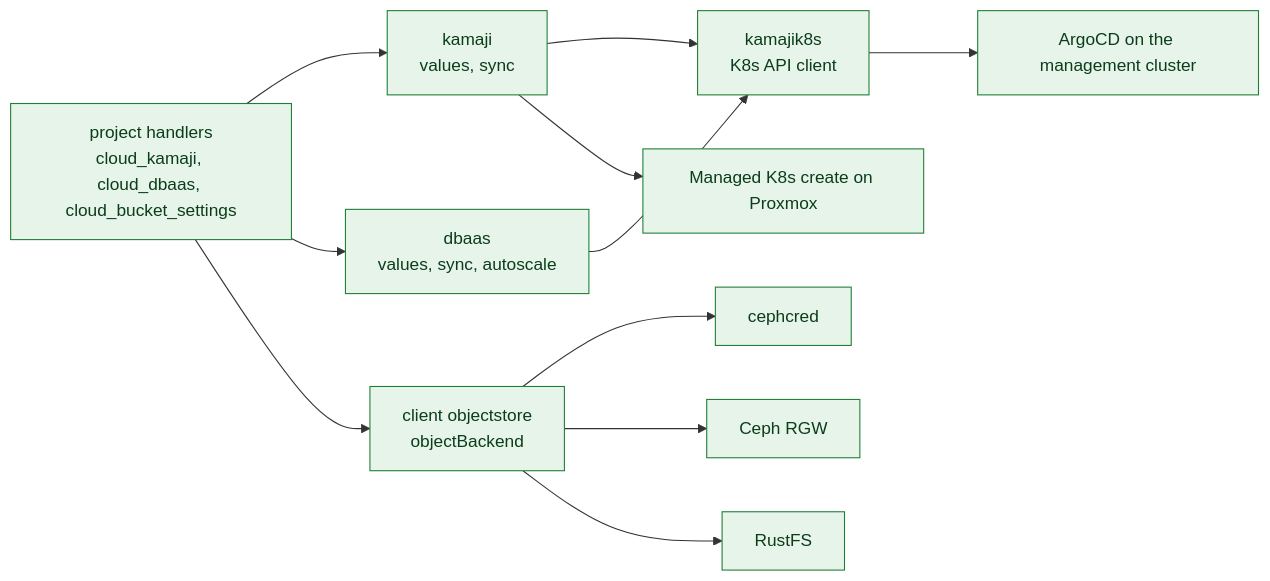
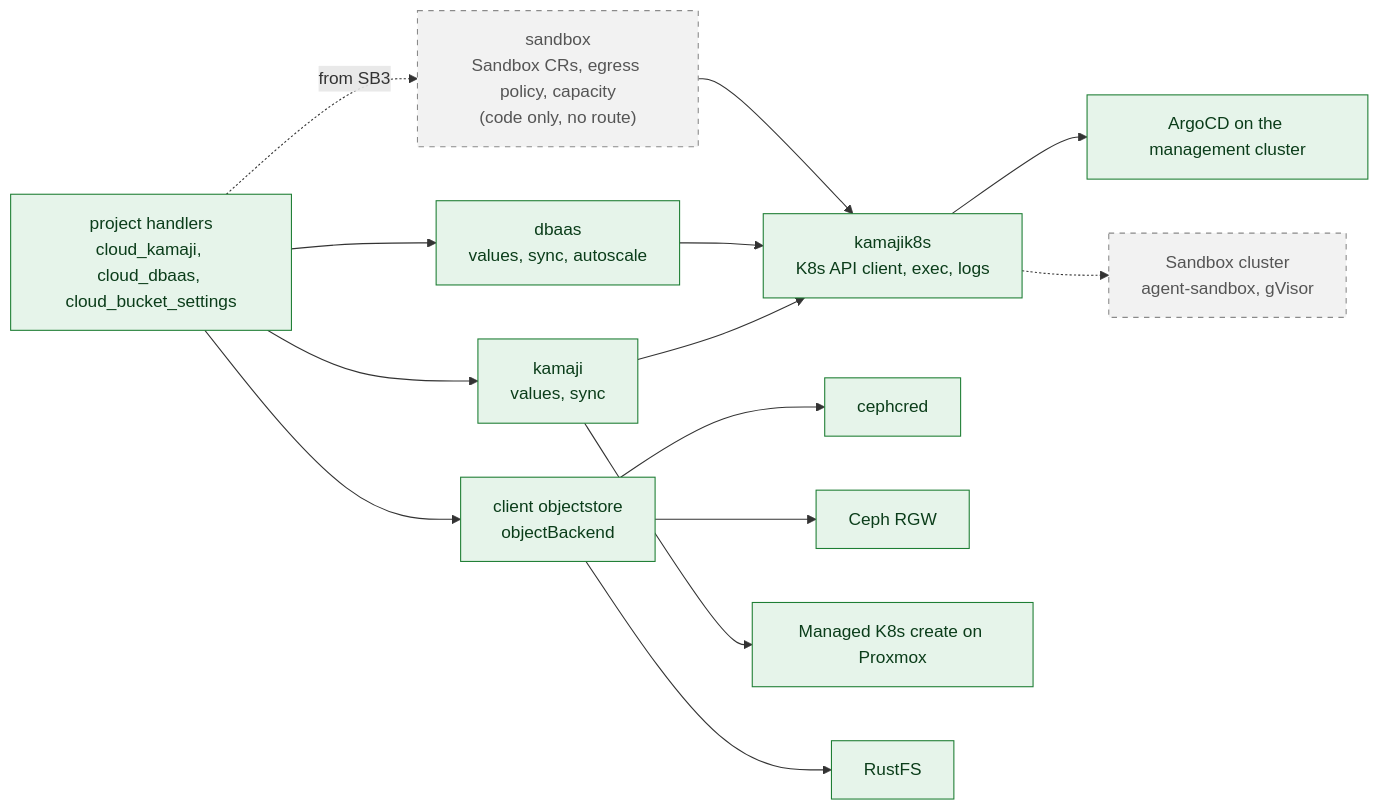
One commit to mutex-solutions/proxcloud changed the fifth of 5 diagrams in docs/architecture/c4/c3-components.md. Above: the diagram before and after it, drawn with Mermaid. The commit also changed other lines of this file and 29 other files, not shown here.

````diff
--- a/docs/architecture/c4/c3-components.md
+++ b/docs/architecture/c4/c3-components.md
@@ -281,27 +281,32 @@
 ```mermaid
 flowchart LR
   classDef impl fill:#e6f4ea,stroke:#1e7e34,color:#0b3d1a
   classDef planned fill:#f2f2f2,stroke:#8a8a8a,stroke-dasharray:5 5,color:#555555
 
   ph["project handlers<br/>cloud_kamaji, cloud_dbaas, cloud_bucket_settings"]:::impl
   kam["kamaji<br/>values, sync"]:::impl
   dba["dbaas<br/>values, sync, autoscale"]:::impl
-  k8s["kamajik8s<br/>K8s API client"]:::impl
+  k8s["kamajik8s<br/>K8s API client, exec, logs"]:::impl
+  sbx["sandbox<br/>Sandbox CRs, egress policy, capacity<br/>(code only, no route)"]:::planned
+  sbxc["Sandbox cluster<br/>agent-sandbox, gVisor"]:::planned
   obj["client objectstore<br/>objectBackend"]:::impl
   ccred["cephcred"]:::impl
   argo["ArgoCD on the management cluster"]:::impl
   rgw["Ceph RGW"]:::impl
   pvek8s["Managed K8s create on Proxmox"]:::impl
   rustfs["RustFS"]:::impl
 
   ph --> kam
   ph --> dba
   ph --> obj
   kam --> k8s
   dba --> k8s
   k8s --> argo
   obj --> ccred
   obj --> rgw
   kam --> pvek8s
   obj --> rustfs
+  ph -.->|from SB3| sbx
+  sbx --> k8s
+  k8s -.-> sbxc
 ```
````
